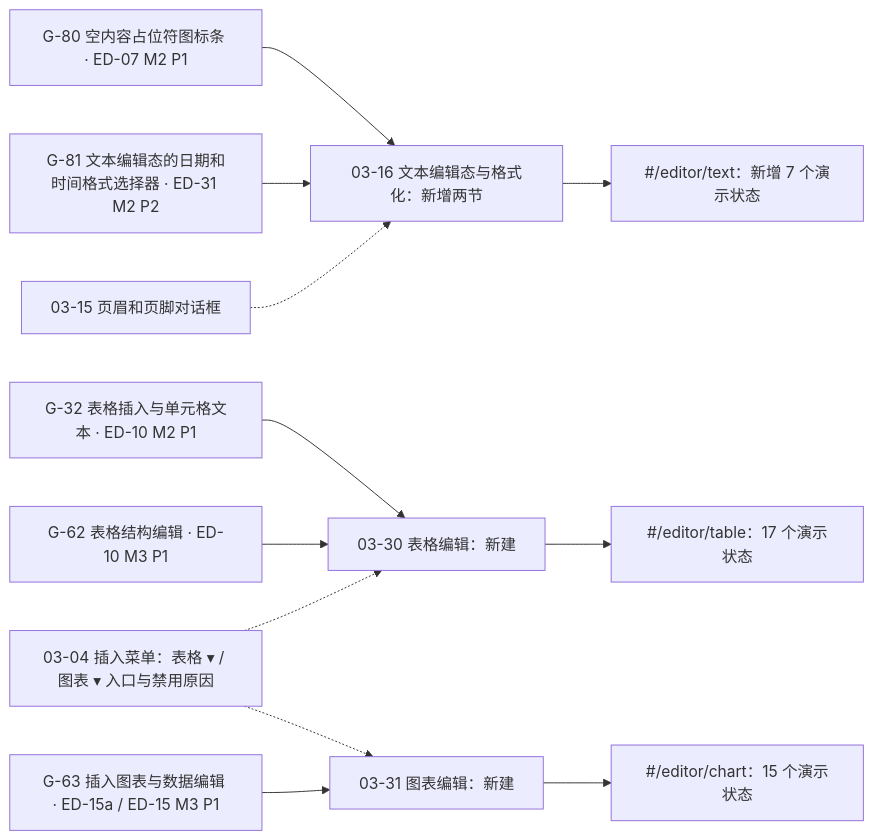
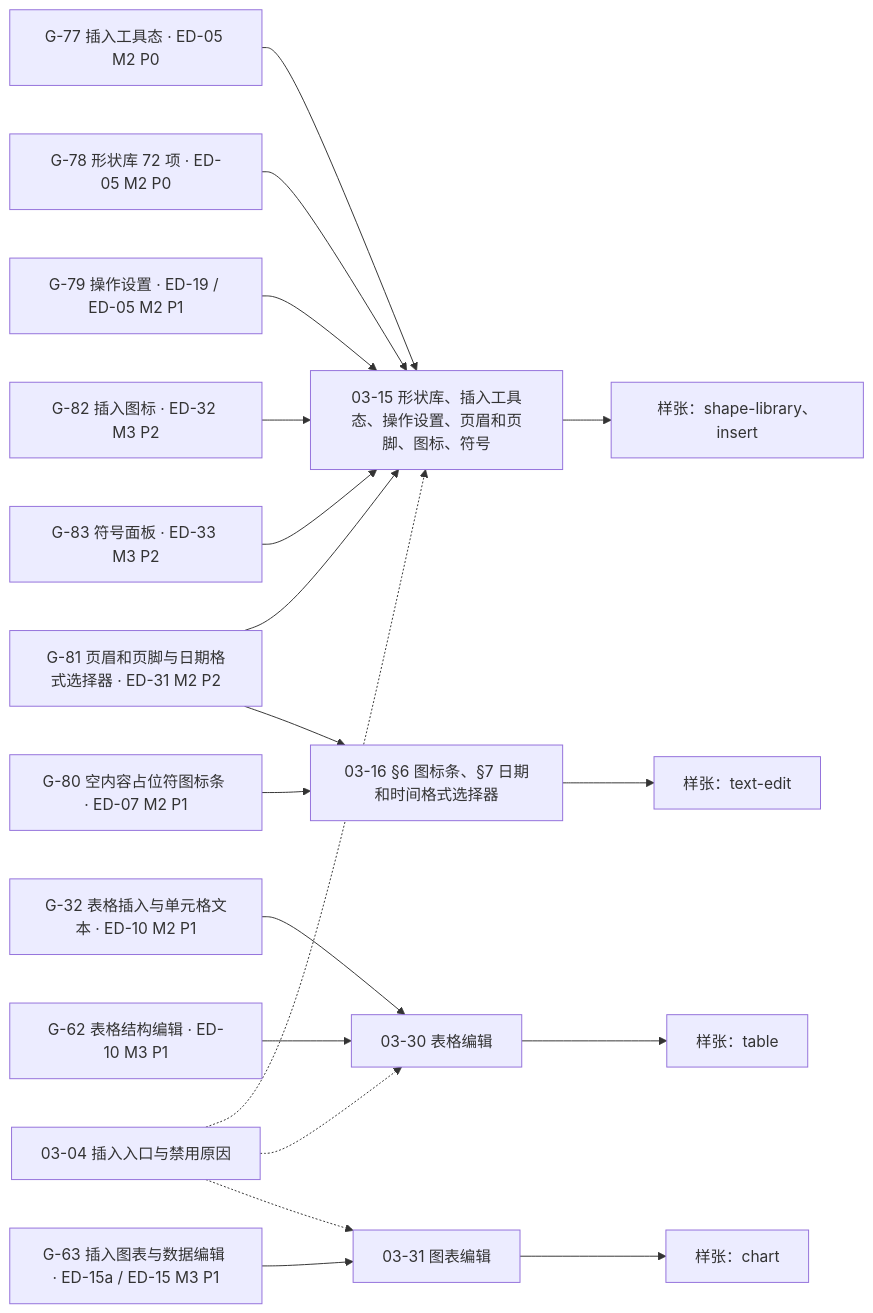
The third of 5 diagrams in docs/10-prd/07-design-coverage-and-gaps.md (Xeonice/cordis-ppt-editor), drawn with Mermaid before and after one commit. The commit also changed other lines of this file and 19 other files, not shown here.

````diff
--- a/docs/10-prd/07-design-coverage-and-gaps.md
+++ b/docs/10-prd/07-design-coverage-and-gaps.md
@@ -665,27 +757,40 @@
 ```mermaid
 flowchart LR
+  g77["G-77 插入工具态 · ED-05 M2 P0"]
+  g78["G-78 形状库 72 项 · ED-05 M2 P0"]
+  g79["G-79 操作设置 · ED-19 / ED-05 M2 P1"]
   g80["G-80 空内容占位符图标条 · ED-07 M2 P1"]
-  g81["G-81 文本编辑态的日期和时间格式选择器 · ED-31 M2 P2"]
-  d15["03-15 页眉和页脚对话框"]
+  g81["G-81 页眉和页脚与日期格式选择器 · ED-31 M2 P2"]
+  g82["G-82 插入图标 · ED-32 M3 P2"]
+  g83["G-83 符号面板 · ED-33 M3 P2"]
   g32["G-32 表格插入与单元格文本 · ED-10 M2 P1"]
   g62["G-62 表格结构编辑 · ED-10 M3 P1"]
-  d04["03-04 插入菜单：表格 ▾ / 图表 ▾ 入口与禁用原因"]
   g63["G-63 插入图表与数据编辑 · ED-15a / ED-15 M3 P1"]
-  d16["03-16 文本编辑态与格式化：新增两节"]
-  d30["03-30 表格编辑：新建"]
-  d31["03-31 图表编辑：新建"]
-  rText["#/editor/text：新增 7 个演示状态"]
-  rTable["#/editor/table：17 个演示状态"]
-  rChart["#/editor/chart：15 个演示状态"]
+  d15["03-15 形状库、插入工具态、操作设置、页眉和页脚、图标、符号"]
+  d16["03-16 §6 图标条、§7 日期和时间格式选择器"]
+  d04["03-04 插入入口与禁用原因"]
+  d30["03-30 表格编辑"]
+  d31["03-31 图表编辑"]
+  sInsert["样张：shape-library、insert"]
+  sText["样张：text-edit"]
+  sTable["样张：table"]
+  sChart["样张：chart"]
+  g77 --> d15
+  g78 --> d15
+  g79 --> d15
+  g81 --> d15
+  g82 --> d15
+  g83 --> d15
   g80 --> d16
   g81 --> d16
   g32 --> d30
   g62 --> d30
   g63 --> d31
-  d16 --> rText
-  d30 --> rTable
-  d31 --> rChart
-  d15 -.-> d16
+  d15 --> sInsert
+  d16 --> sText
+  d30 --> sTable
+  d31 --> sChart
+  d04 -.-> d15
   d04 -.-> d30
   d04 -.-> d31
 ```
````
